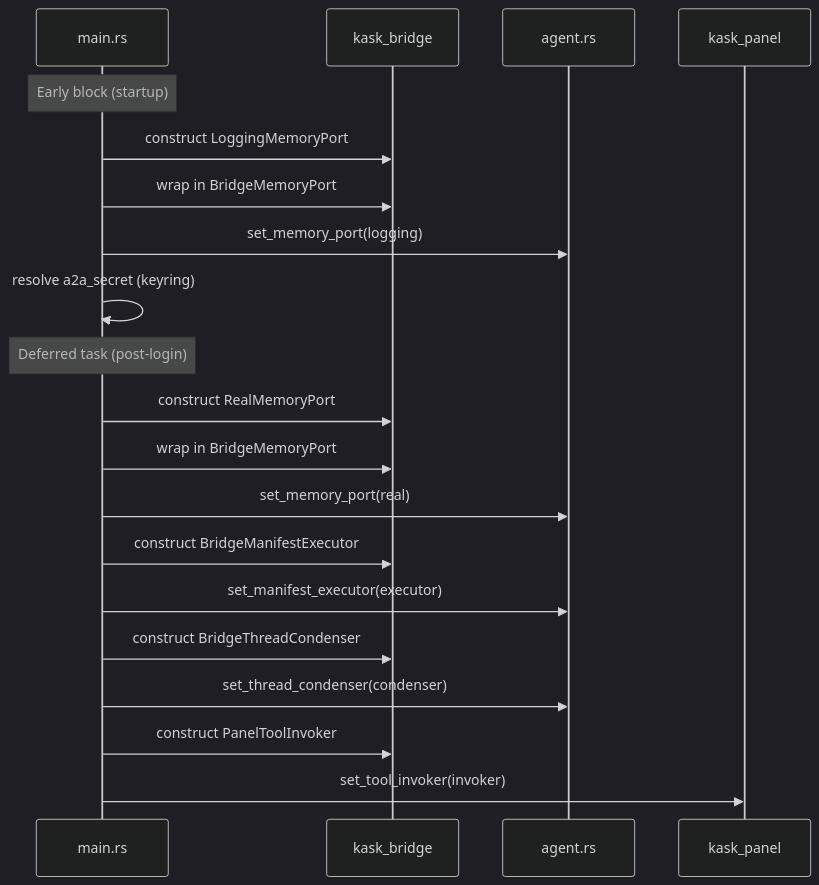
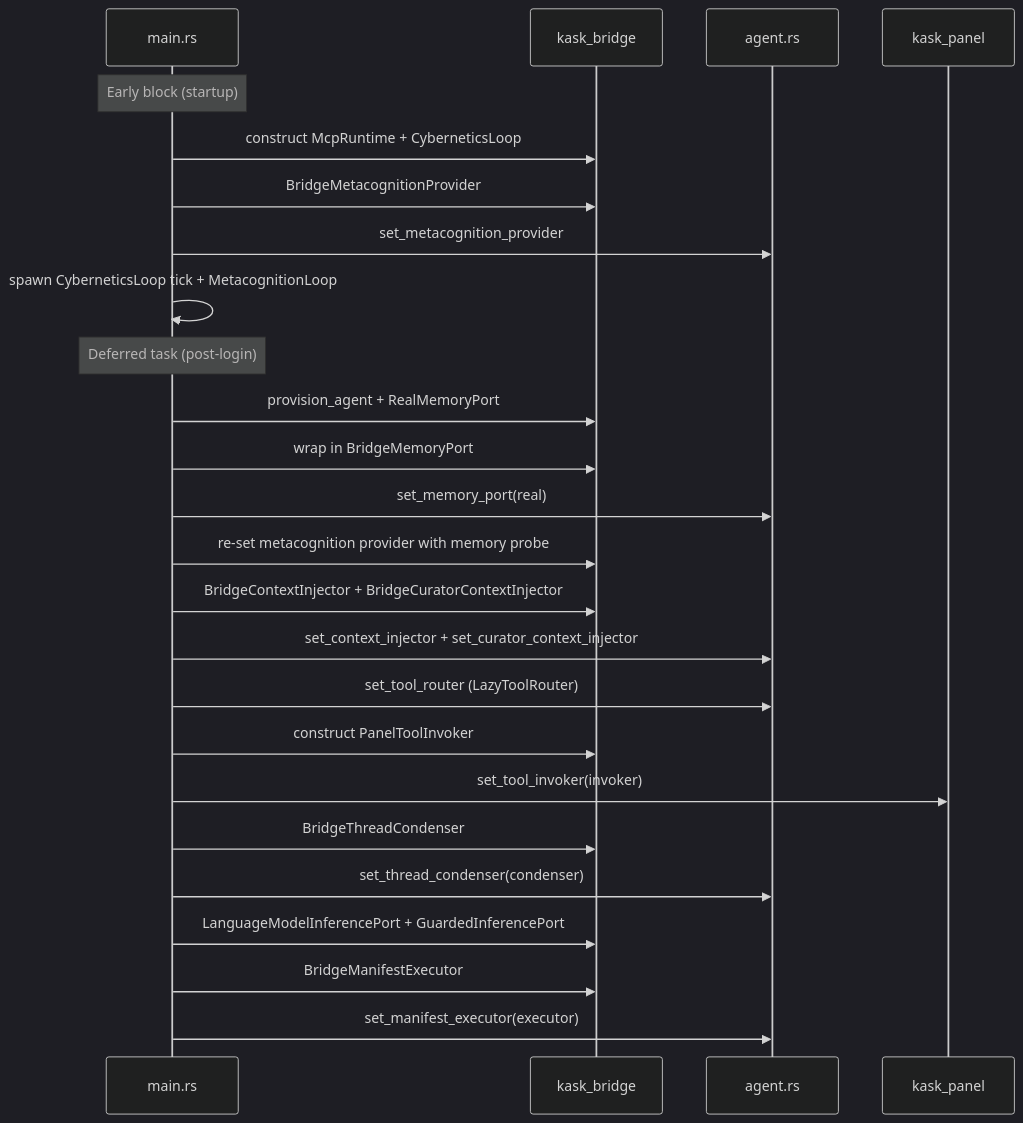
Before and after one commit to mdz-axo/zed-kask: the diagram in kask/docs/diataxis/kask_bridge/explanation.md, drawn with Mermaid (dark theme). The commit also changed other lines of this file and 13 other files, not shown here.

````diff
--- a/kask/docs/diataxis/kask_bridge/explanation.md
+++ b/kask/docs/diataxis/kask_bridge/explanation.md
@@ -47,24 +49,29 @@
 ```mermaid
 sequenceDiagram
     participant Main as main.rs
     participant Bridge as kask_bridge
     participant Agent as agent.rs
     participant Panel as kask_panel
 
     Note over Main: Early block (startup)
-    Main->>Bridge: construct LoggingMemoryPort
-    Main->>Bridge: wrap in BridgeMemoryPort
-    Main->>Agent: set_memory_port(logging)
-    Main->>Main: resolve a2a_secret (keyring)
+    Main->>Bridge: construct McpRuntime + CyberneticsLoop
+    Main->>Bridge: BridgeMetacognitionProvider
+    Main->>Agent: set_metacognition_provider
+    Main->>Main: spawn CyberneticsLoop tick + MetacognitionLoop
 
     Note over Main: Deferred task (post-login)
-    Main->>Bridge: construct RealMemoryPort
+    Main->>Bridge: provision_agent + RealMemoryPort
     Main->>Bridge: wrap in BridgeMemoryPort
     Main->>Agent: set_memory_port(real)
-    Main->>Bridge: construct BridgeManifestExecutor
-    Main->>Agent: set_manifest_executor(executor)
-    Main->>Bridge: construct BridgeThreadCondenser
-    Main->>Agent: set_thread_condenser(condenser)
+    Main->>Bridge: re-set metacognition provider with memory probe
+    Main->>Bridge: BridgeContextInjector + BridgeCuratorContextInjector
+    Main->>Agent: set_context_injector + set_curator_context_injector
+    Main->>Agent: set_tool_router (LazyToolRouter)
     Main->>Bridge: construct PanelToolInvoker
     Main->>Panel: set_tool_invoker(invoker)
+    Main->>Bridge: BridgeThreadCondenser
+    Main->>Agent: set_thread_condenser(condenser)
+    Main->>Bridge: LanguageModelInferencePort + GuardedInferencePort
+    Main->>Bridge: BridgeManifestExecutor
+    Main->>Agent: set_manifest_executor(executor)
 ```
````
